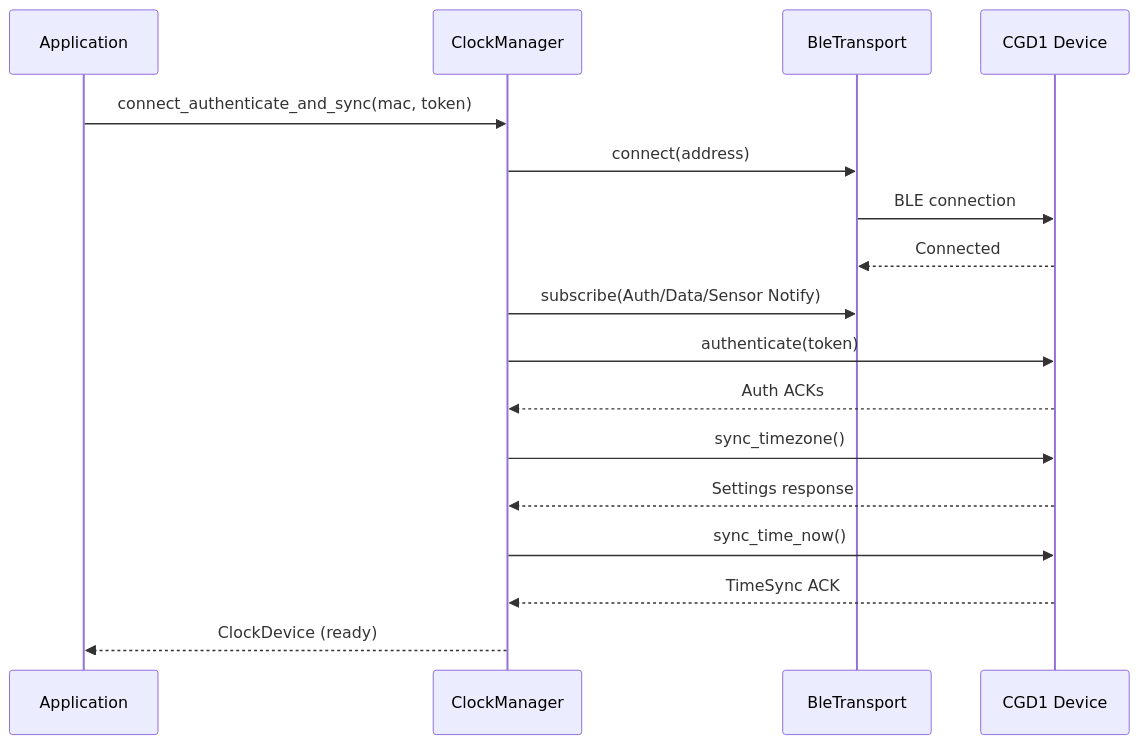
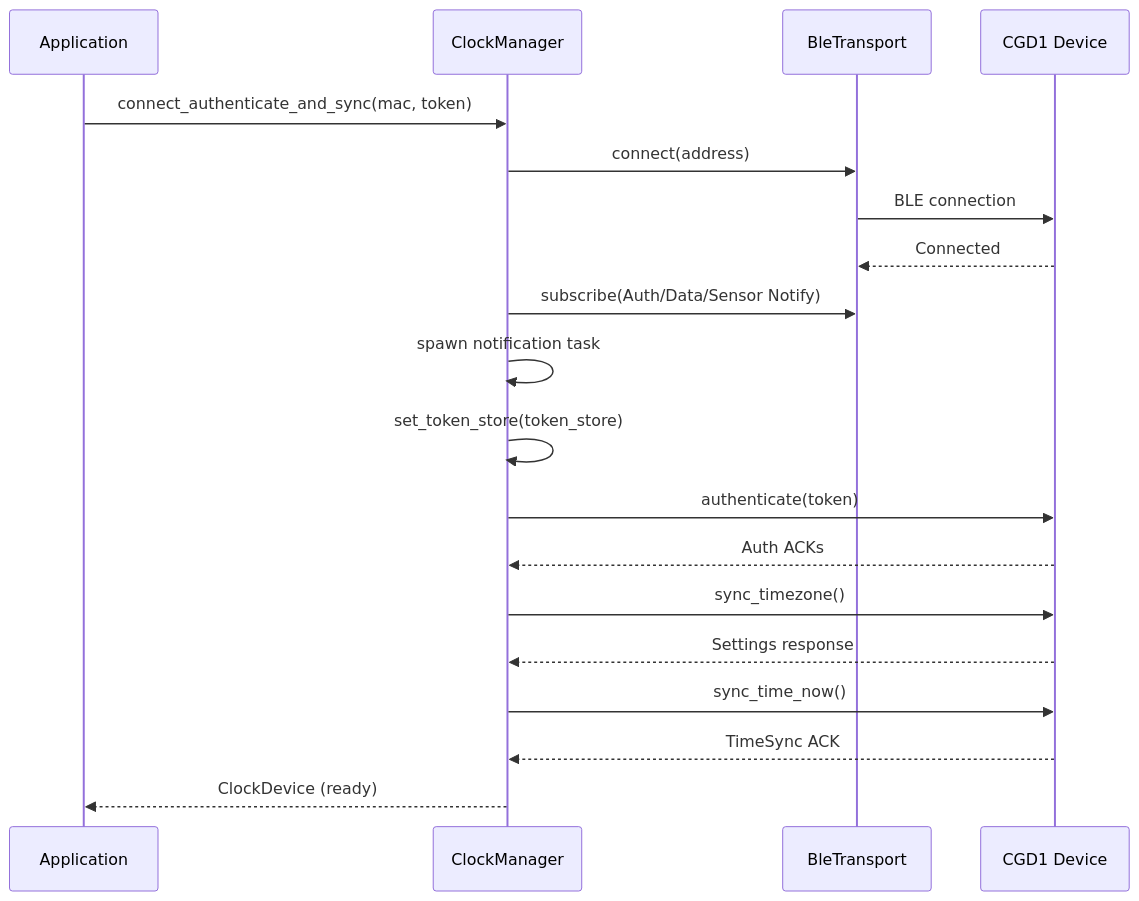
Before and after one commit to smearor/cgd1-rs: the diagram in book/src/connecting.md, drawn with Mermaid. The commit also changed other lines of this file and 7 other files, not shown here.

````diff
--- a/book/src/connecting.md
+++ b/book/src/connecting.md
@@ -63,20 +63,22 @@
 ```mermaid
 sequenceDiagram
     participant App as Application
     participant Manager as ClockManager
     participant Transport as BleTransport
     participant CGD1 as CGD1 Device
 
     App->>Manager: connect_authenticate_and_sync(mac, token)
     Manager->>Transport: connect(address)
     Transport->>CGD1: BLE connection
     CGD1-->>Transport: Connected
     Manager->>Transport: subscribe(Auth/Data/Sensor Notify)
+    Manager->>Manager: spawn notification task
+    Manager->>Manager: set_token_store(token_store)
     Manager->>CGD1: authenticate(token)
     CGD1-->>Manager: Auth ACKs
     Manager->>CGD1: sync_timezone()
     CGD1-->>Manager: Settings response
     Manager->>CGD1: sync_time_now()
     CGD1-->>Manager: TimeSync ACK
     Manager-->>App: ClockDevice (ready)
 ```
````
